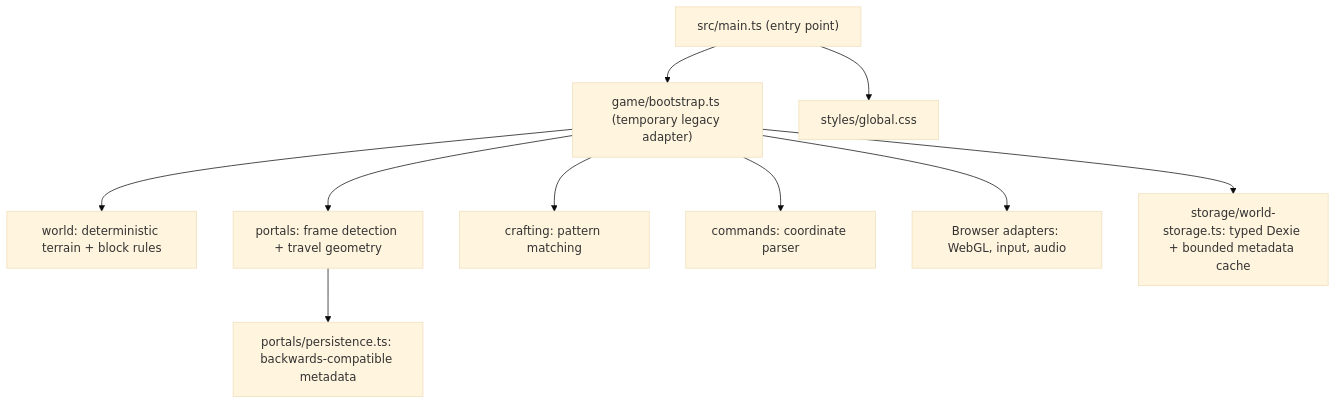
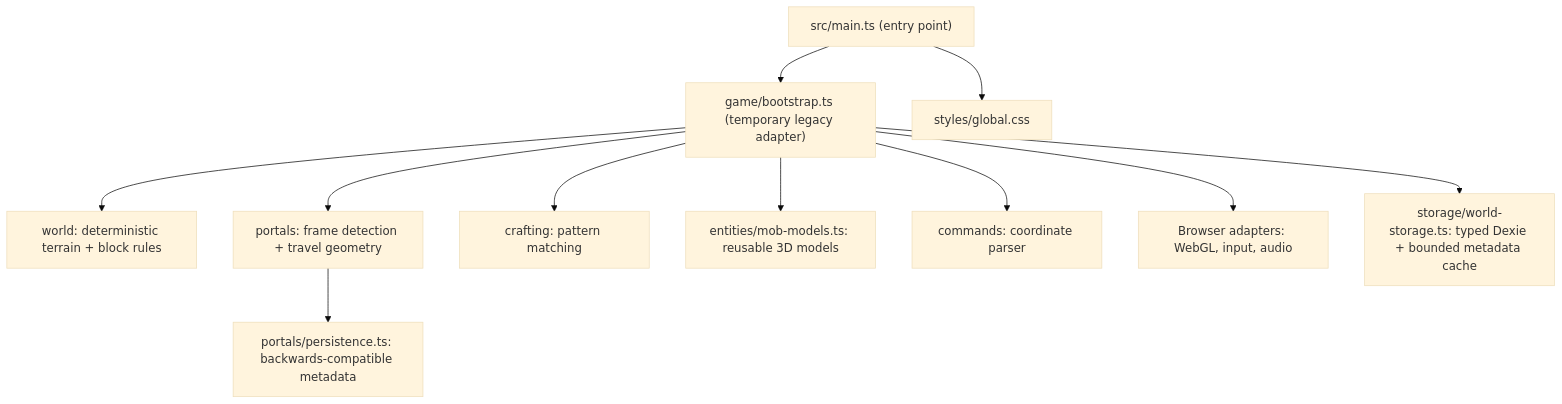
Before and after one commit to MauriceCraft/MauriceCraft: the first of 2 diagrams in docs/ARCHITECTURE.md, drawn with Mermaid (base theme). The commit also changed other lines of this file and 3 other files, not shown here.

First line of the commit message:
refactor(entities): extract typed mob model factories from bootstrap

````diff
--- a/docs/ARCHITECTURE.md
+++ b/docs/ARCHITECTURE.md
@@ -32,12 +33,13 @@
 ```mermaid
 flowchart TD
     Entry["src/main.ts (entry point)"] --> Bootstrap["game/bootstrap.ts (temporary legacy adapter)"]
     Entry --> CSS["styles/global.css"]
     Bootstrap --> World["world: deterministic terrain + block rules"]
     Bootstrap --> Portals["portals: frame detection + travel geometry"]
     Bootstrap --> Crafting["crafting: pattern matching"]
+    Bootstrap --> MobModels["entities/mob-models.ts: reusable 3D models"]
     Bootstrap --> Commands["commands: coordinate parser"]
     Bootstrap --> Browser["Browser adapters: WebGL, input, audio"]
     Bootstrap --> Storage["storage/world-storage.ts: typed Dexie + bounded metadata cache"]
     Portals --> PortalPersistence["portals/persistence.ts: backwards-compatible metadata"]
 ```
````
